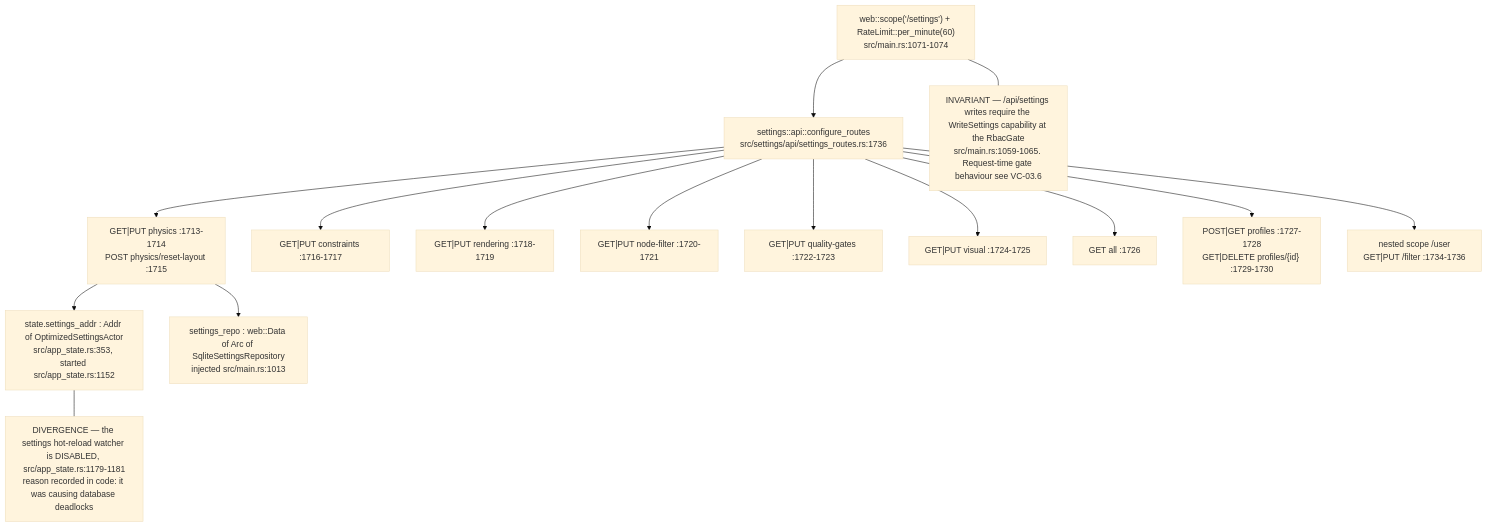
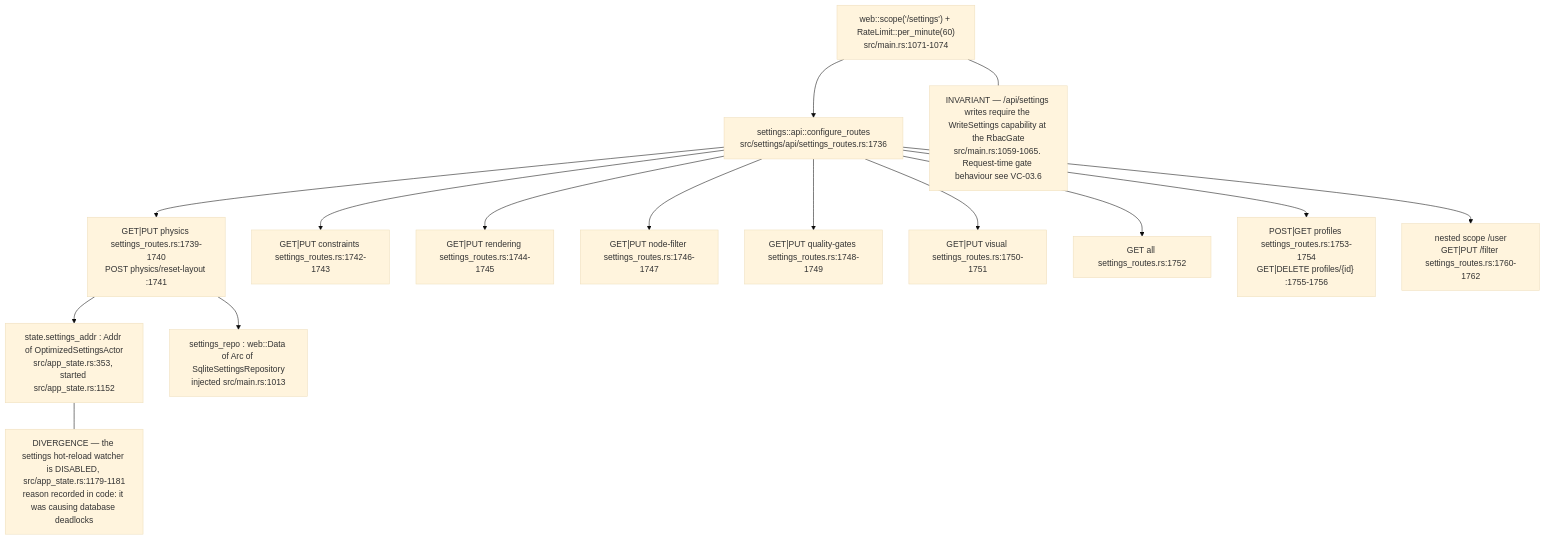
One commit to DreamLab-AI/VisionFlow changed the first of 10 diagrams in docs/diagrams/visionclaw/06-settings-round-trip.md. Above: the diagram before and after it, drawn with Mermaid (base theme). The commit also changed other lines of this file and 52 other files, not shown here.

First line of the commit message:
docs(diagrams): wave 3 checkpoint — bare line refs resolved, revision-pinned cite-check, VC-05/AB-01..13 re-attested

````diff
--- a/docs/diagrams/visionclaw/06-settings-round-trip.md
+++ b/docs/diagrams/visionclaw/06-settings-round-trip.md
@@ -33,22 +33,22 @@
 ```mermaid
 flowchart TB
     S["web::scope('/settings') + RateLimit::per_minute(60)<br/>src/main.rs:1071-1074"]
     S --> CFG["settings::api::configure_routes<br/>src/settings/api/settings_routes.rs:1736"]
-    CFG --> P["GET|PUT physics :1713-1714<br/>POST physics/reset-layout :1715"]
-    CFG --> C["GET|PUT constraints :1716-1717"]
-    CFG --> R["GET|PUT rendering :1718-1719"]
-    CFG --> NF["GET|PUT node-filter :1720-1721"]
-    CFG --> QG["GET|PUT quality-gates :1722-1723"]
-    CFG --> V["GET|PUT visual :1724-1725"]
-    CFG --> AL["GET all :1726"]
-    CFG --> PR["POST|GET profiles :1727-1728<br/>GET|DELETE profiles/{id} :1729-1730"]
-    CFG --> U["nested scope /user<br/>GET|PUT /filter :1734-1736"]
+    CFG --> P["GET|PUT physics settings_routes.rs:1739-1740<br/>POST physics/reset-layout :1741"]
+    CFG --> C["GET|PUT constraints settings_routes.rs:1742-1743"]
+    CFG --> R["GET|PUT rendering settings_routes.rs:1744-1745"]
+    CFG --> NF["GET|PUT node-filter settings_routes.rs:1746-1747"]
+    CFG --> QG["GET|PUT quality-gates settings_routes.rs:1748-1749"]
+    CFG --> V["GET|PUT visual settings_routes.rs:1750-1751"]
+    CFG --> AL["GET all settings_routes.rs:1752"]
+    CFG --> PR["POST|GET profiles settings_routes.rs:1753-1754<br/>GET|DELETE profiles/{id} :1755-1756"]
+    CFG --> U["nested scope /user<br/>GET|PUT /filter settings_routes.rs:1760-1762"]
     ACT["state.settings_addr : Addr of OptimizedSettingsActor<br/>src/app_state.rs:353, started src/app_state.rs:1152"]
     REPO["settings_repo : web::Data of Arc of SqliteSettingsRepository<br/>injected src/main.rs:1013"]
     P --> ACT
     P --> REPO
     N1["INVARIANT — /api/settings writes require the WriteSettings capability at the RbacGate<br/>src/main.rs:1059-1065. Request-time gate behaviour see VC-03.6"]
     S --- N1
     N2["DIVERGENCE — the settings hot-reload watcher is DISABLED, src/app_state.rs:1179-1181<br/>reason recorded in code: it was causing database deadlocks"]
     ACT --- N2
 ```
````
